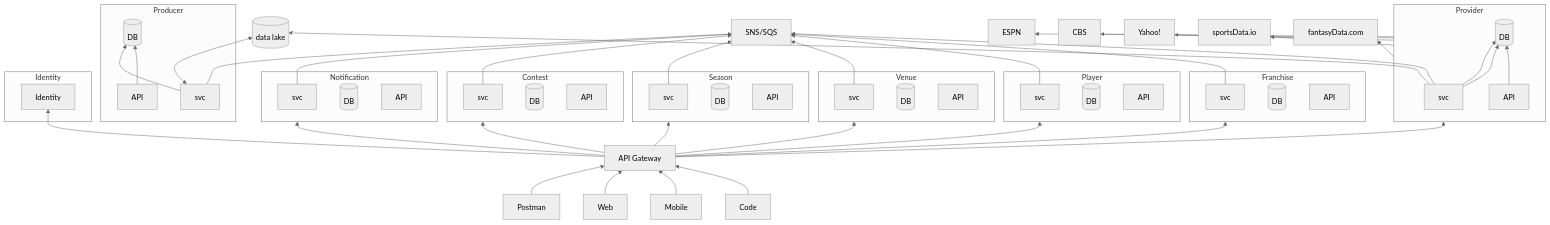
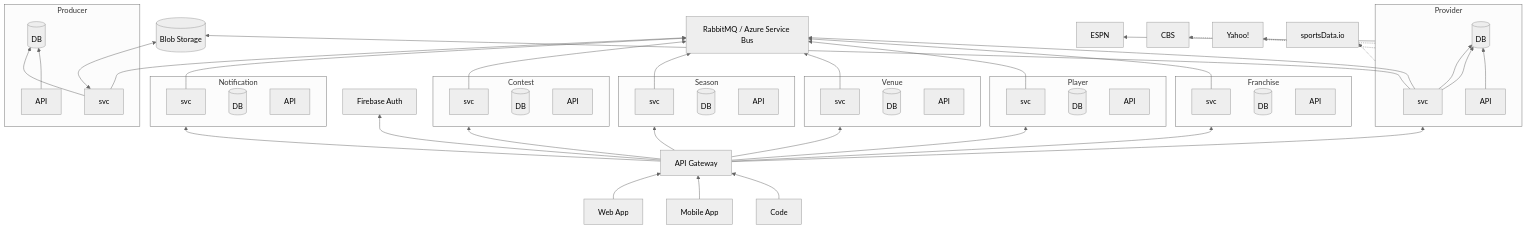
The second of 2 diagrams in README.md (jrandallsexton/sports-data-core), drawn with Mermaid (neutral theme) before and after one commit. The commit also changed other lines of this file and 86 other files, not shown here.

```diff
--- a/README.md
+++ b/README.md
@@ -156,18 +152,18 @@
         PVAPI[API]
         PV-->PVDB
         PVAPI-->PVDB
-    end    
-    DL[(data lake)]
-    PV --> DL
+    end
+    BLOB[(Blob Storage)]
+    PV --> BLOB
     subgraph Producer
         PD[svc]
         PDDB[(DB)]
         PDAPI[API]
         PD-->PDDB
         PDAPI-->PDDB
-    end    
-    PD <--> DL
-    M[SNS/SQS]
+    end
+    PD <--> BLOB
+    M[RabbitMQ / Azure Service Bus]
     subgraph Notification
         N[svc]
         NDB[(DB)]
@@ -198,20 +194,16 @@
         FRDB[(DB)]
         FRAPI[API]
     end
-    subgraph Identity
-        ID[Identity]
-    end
     API[API Gateway]
-    API --> ID
-    WCPOST[Postman]
-    WCWEB[Web]
-    WCMOB[Mobile]
+    AUTH[Firebase Auth]
+    API --> AUTH
+    WCWEB[Web App]
+    WCMOB[Mobile App]
     WCAPP[Code]
     Provider --> ESPN[ESPN]
-    Provider --> CBS[CBS]
-    Provider --> YAHOO[Yahoo!]
-    Provider --> SDIO[sportsData.io]
-    Provider --> FD[fantasyData.com]
+    Provider -.-> CBS[CBS]
+    Provider -.-> YAHOO[Yahoo!]
+    Provider -.-> SDIO[sportsData.io]
     PV-->M
     PD-->M
     N-->M
@@ -227,7 +219,6 @@
     API-->Player
     API-->Franchise
     API-->Notification
-    WCPOST-->API
     WCWEB-->API
     WCMOB-->API
     WCAPP-->API
```
